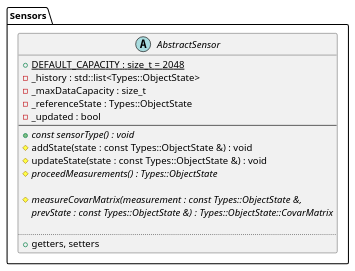
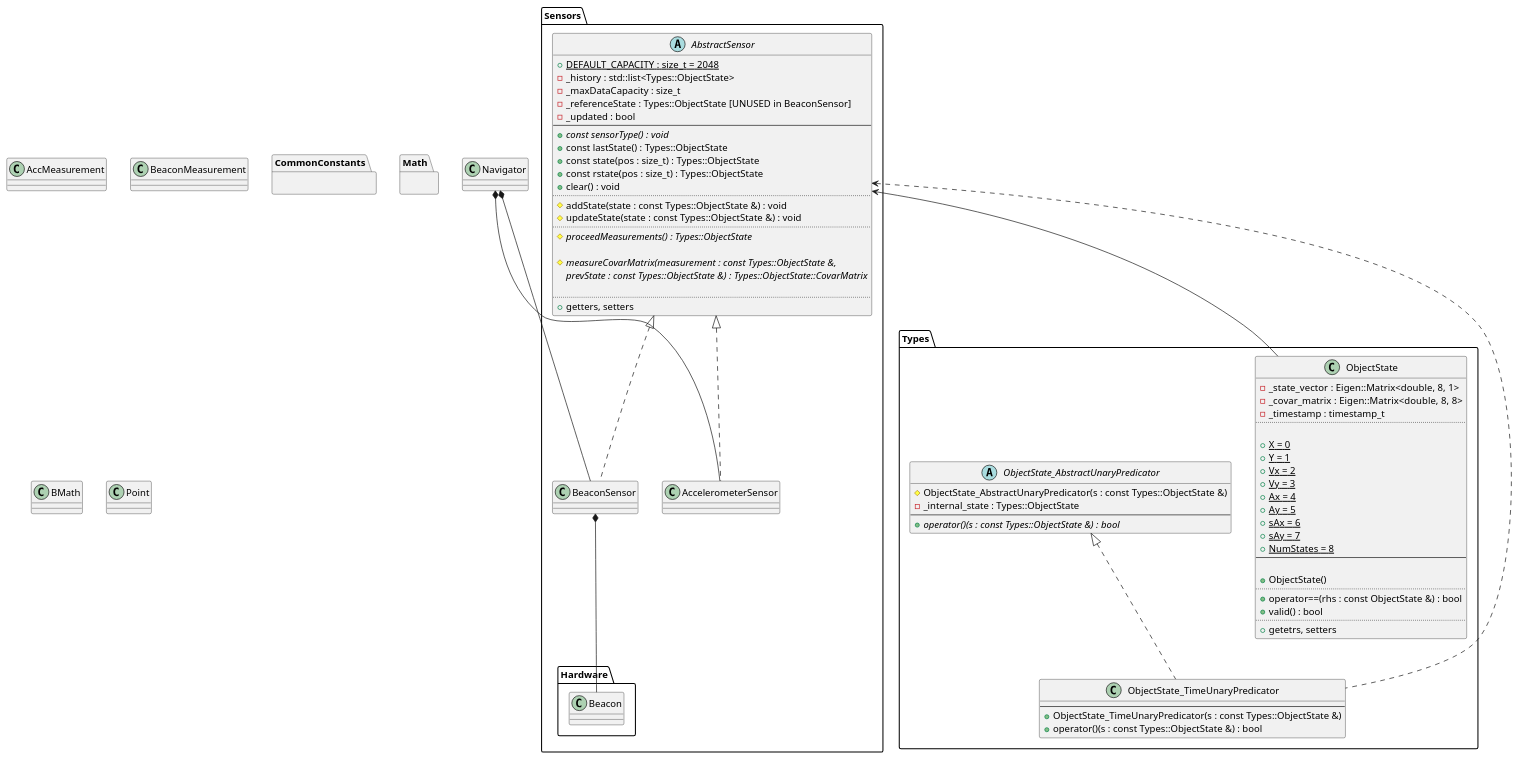
One commit to Dima2407/indoor changed the diagram in tools/test-tool/UML_diagrams/tracking_lib.puml. Above: the diagram before and after it, drawn with PlantUML. The commit also changed 2 other files, not shown here.

```diff
--- a/tools/test-tool/UML_diagrams/tracking_lib.puml
+++ b/tools/test-tool/UML_diagrams/tracking_lib.puml
@@ -1,22 +1,120 @@
 @startuml
 package Sensors{
     abstract class AbstractSensor{
         {static} + DEFAULT_CAPACITY : size_t = 2048
         - _history : std::list<Types::ObjectState>
         - _maxDataCapacity : size_t
-        - _referenceState : Types::ObjectState
+        - _referenceState : Types::ObjectState [UNUSED in BeaconSensor]
         - _updated : bool
         --
         {abstract} + const sensorType() : void
+        + const lastState() : Types::ObjectState
+        + const state(pos : size_t) : Types::ObjectState
+        + const rstate(pos : size_t) : Types::ObjectState
+        + clear() : void
+        ..
         # addState(state : const Types::ObjectState &) : void
         # updateState(state : const Types::ObjectState &) : void
+        ..
         {abstract} # proceedMeasurements() : Types::ObjectState
 
         {abstract} # measureCovarMatrix(measurement : const Types::ObjectState &,
             {abstract} prevState : const Types::ObjectState &) : Types::ObjectState::CovarMatrix
 
         ..
         + getters, setters
     }
+
+    class BeaconSensor{
+    }
+
+    class AccelerometerSensor{
+    }
+
+    AbstractSensor <|.. BeaconSensor
+    AbstractSensor <|.. AccelerometerSensor
+
+
+
+
+
+    package Hardware{
+        class Beacon{
+        }
+    }
+
+    BeaconSensor *-- Beacon
 }
+
+
+package Types{
+    class ObjectState{
+       - _state_vector :  Eigen::Matrix<double, 8, 1>
+       - _covar_matrix :  Eigen::Matrix<double, 8, 8>
+       - _timestamp : timestamp_t
+       ..
+
+       {static} + X = 0
+       {static} + Y = 1
+       {static} + Vx = 2
+       {static} + Vy = 3
+       {static} + Ax = 4
+       {static} + Ay = 5
+       {static} + sAx = 6
+       {static} + sAy = 7
+       {static} + NumStates = 8
+       --
+
+       + ObjectState()
+       ..
+       + operator==(rhs : const ObjectState &) : bool
+       + valid() : bool
+       ..
+       + getetrs, setters
+    }
+
+    abstract class ObjectState_AbstractUnaryPredicator{
+        # ObjectState_AbstractUnaryPredicator(s : const Types::ObjectState &)
+        - _internal_state : Types::ObjectState
+        --
+        + {abstract} operator()(s : const Types::ObjectState &) : bool
+    }
+
+    class ObjectState_TimeUnaryPredicator {
+        --
+        + ObjectState_TimeUnaryPredicator(s : const Types::ObjectState &)
+        + operator()(s : const Types::ObjectState &) : bool
+    }
+
+    ObjectState_AbstractUnaryPredicator <|.. ObjectState_TimeUnaryPredicator
+
+    AbstractSensor <-- ObjectState
+    AbstractSensor <.. ObjectState_TimeUnaryPredicator
+
+
+}
+
+class AccMeasurement {
+}
+
+class BeaconMeasurement {
+}
+
+class BMath{
+}
+
+class Point{
+}
+
+package CommonConstants{
+}
+
+package Math{
+}
+
+class Navigator{
+}
+
+Navigator *-- BeaconSensor
+Navigator *-- AccelerometerSensor
 @enduml
```
